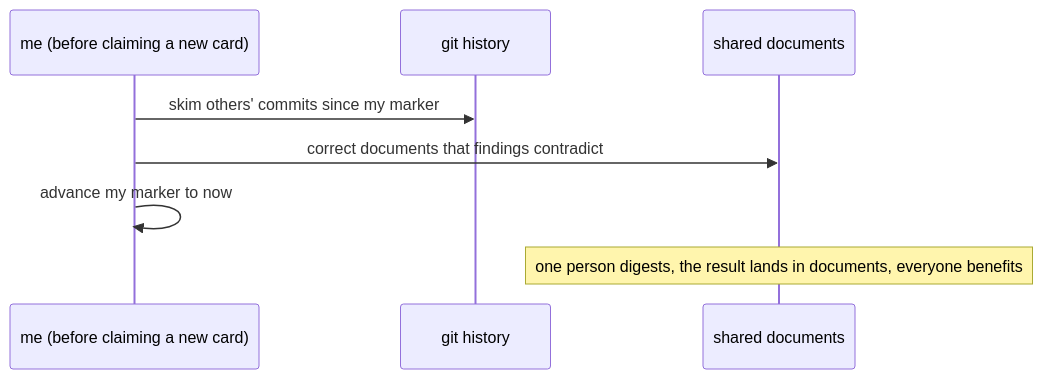
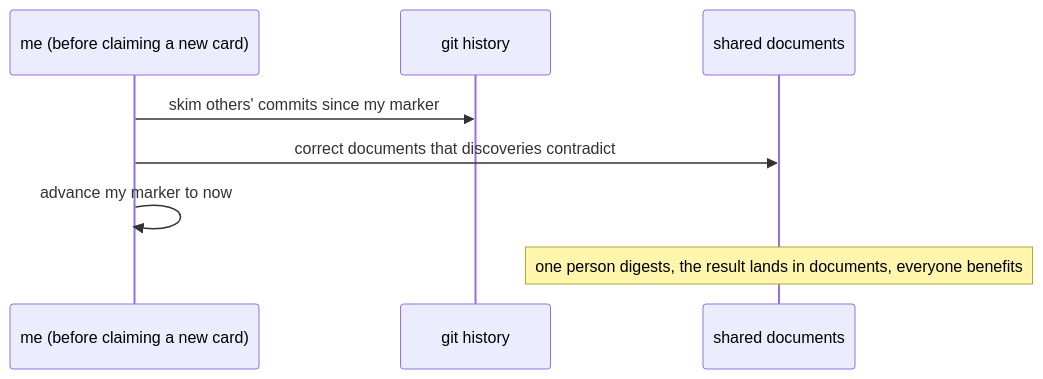
Before and after one commit to nanomia-ai/devflow: the fourth of 4 diagrams in README.md, drawn with Mermaid. The commit also changed other lines of this file and 12 other files, not shown here.

````diff
--- a/README.md
+++ b/README.md
@@ -230,10 +243,10 @@
 ```mermaid
 sequenceDiagram
     participant Me as me (before claiming a new card)
     participant Git as git history
     participant Docs as shared documents
     Me->>Git: skim others' commits since my marker
-    Me->>Docs: correct documents that findings contradict
+    Me->>Docs: correct documents that discoveries contradict
     Me->>Me: advance my marker to now
     Note over Docs: one person digests, the result lands in documents, everyone benefits
 ```
````
